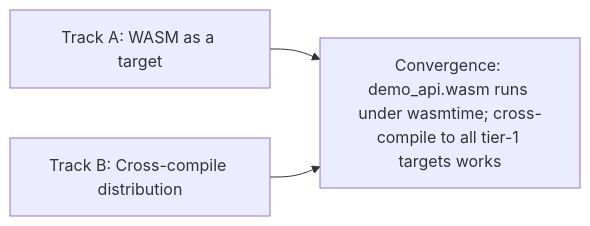
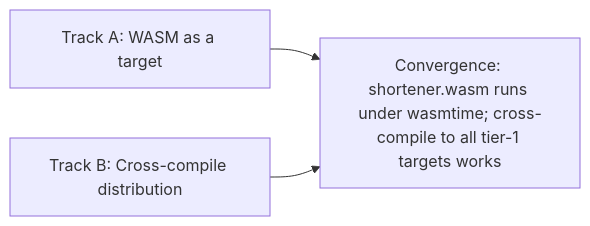
Before and after one commit to koja-lang/koja: the second of 2 diagrams in design/ROADMAP.md, drawn with Mermaid. The commit also changed other lines of this file and 28 other files, not shown here.

````diff
--- a/design/ROADMAP.md
+++ b/design/ROADMAP.md
@@ -315,5 +315,5 @@
 ```mermaid
 flowchart LR
-  WasmTrack["Track A: WASM as a target"] --> P6Conv["Convergence: demo_api.wasm runs under wasmtime; cross-compile to all tier-1 targets works"]
+  WasmTrack["Track A: WASM as a target"] --> P6Conv["Convergence: shortener.wasm runs under wasmtime; cross-compile to all tier-1 targets works"]
   CrossTrack["Track B: Cross-compile distribution"] --> P6Conv
 ```
````
